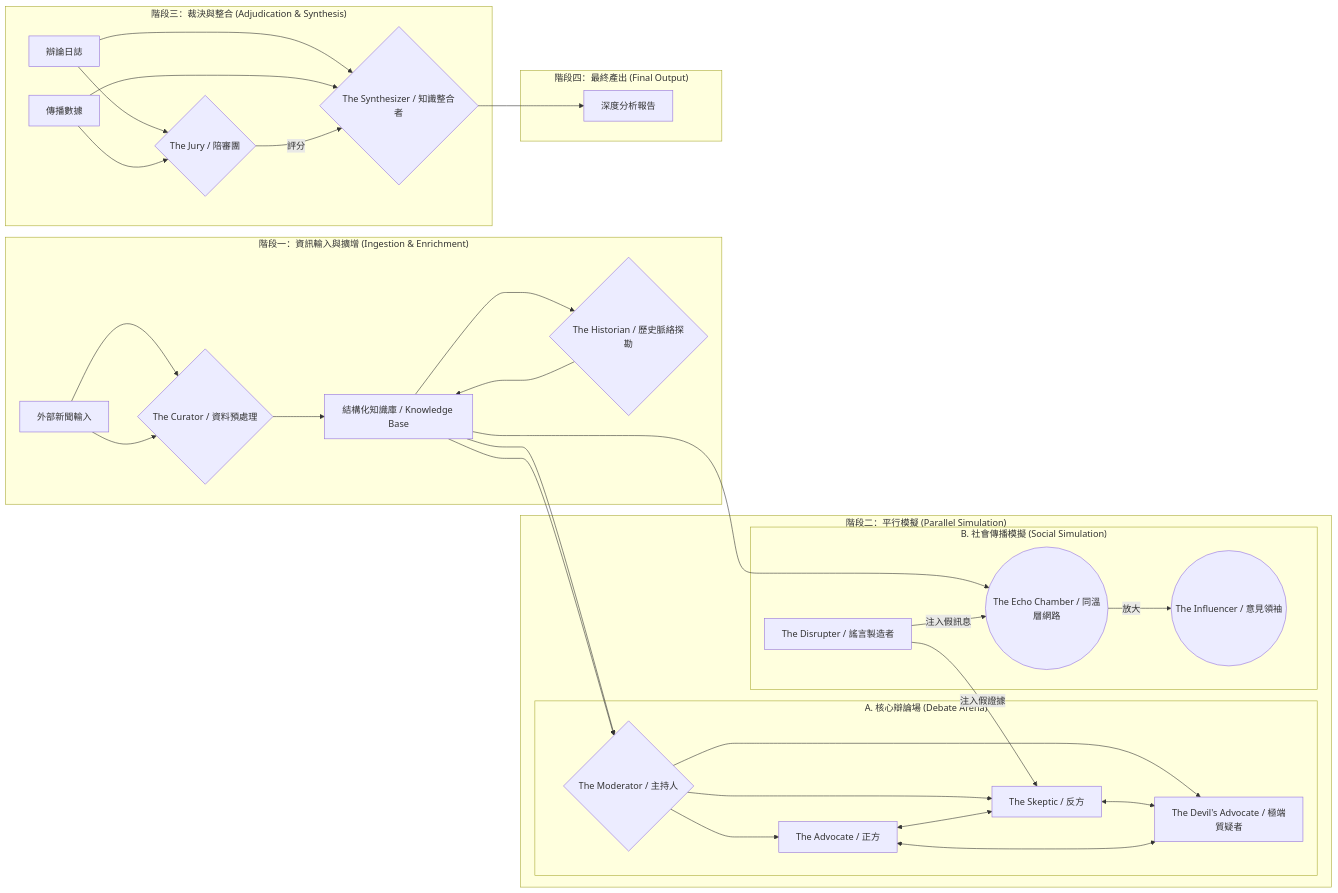
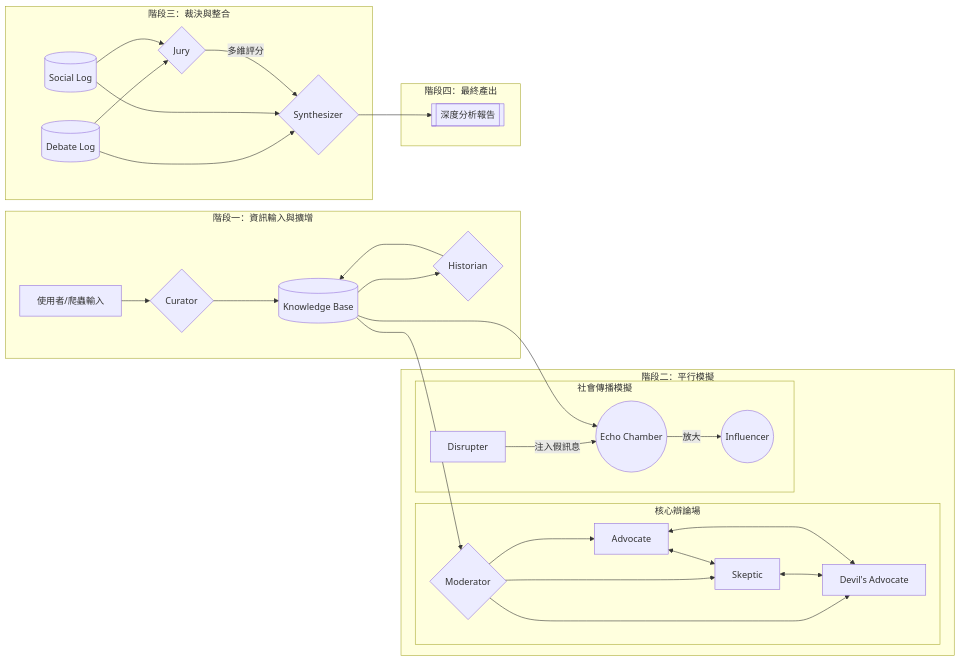
The first of 2 diagrams in architecture.md (Grasonyang/Agent-Judge), drawn with Mermaid before and after one commit. The commit also changed other lines of this file, not shown here.

````diff
--- a/architecture.md
+++ b/architecture.md
@@ -17,54 +40,46 @@
 ```mermaid
 ---
 config:
   layout: dagre
 ---
 flowchart LR
- subgraph subGraph0["階段一：資訊輸入與擴增 (Ingestion & Enrichment)"]
-        B{"The Curator / 資料預處理"}
-        A["外部新聞輸入"]
-        C["結構化知識庫 / Knowledge Base"]
-        D{"The Historian / 歷史脈絡探勘"}
+  subgraph I[階段一：資訊輸入與擴增]
+    A[使用者/爬蟲輸入] --> C{Curator}
+    C --> KB[(Knowledge Base)]
+    H{Historian} --> KB
+    KB --> H
   end
- subgraph subGraph1["A. 核心辯論場 (Debate Arena)"]
-        M{"The Moderator / 主持人"}
-        P["The Advocate / 正方"]
-        S["The Skeptic / 反方"]
-        DA@{ label: "The Devil's Advocate / 極端質疑者" }
+  subgraph II[階段二：平行模擬]
+    subgraph Debate[核心辯論場]
+      M{Moderator}
+      P[Advocate]
+      S[Skeptic]
+      Dv[Devil's Advocate]
+      M --> P & S & Dv
+      P <--> S
+      S <--> Dv
+      Dv <--> P
+    end
+    subgraph Social[社會傳播模擬]
+      EC((Echo Chamber))
+      INF((Influencer))
+      DIS[Disrupter]
+      EC -- 放大 --> INF
+      DIS -- 注入假訊息 --> EC
+    end
   end
- subgraph subGraph2["B. 社會傳播模擬 (Social Simulation)"]
-        EC(("The Echo Chamber / 同溫層網路"))
-        I(("The Influencer / 意見領袖"))
-        Disruptor["The Disrupter / 謠言製造者"]
+  subgraph III[階段三：裁決與整合]
+    DL[(Debate Log)]
+    SL[(Social Log)]
+    J{Jury}
+    SY{Synthesizer}
+    DL --> J & SY
+    SL --> J & SY
+    J -- 多維評分 --> SY
   end
- subgraph subGraph3["階段二：平行模擬 (Parallel Simulation)"]
-        subGraph1
-        subGraph2
+  subgraph IV[階段四：最終產出]
+    RPT[[深度分析報告]]
   end
- subgraph subGraph4["階段三：裁決與整合 (Adjudication & Synthesis)"]
-        J{"The Jury / 陪審團"}
-        Debate_Log["辯論日誌"]
-        Social_Log["傳播數據"]
-        KS{"The Synthesizer / 知識整合者"}
-  end
- subgraph subGraph5["階段四：最終產出 (Final Output)"]
-        Final_Report["深度分析報告"]
-  end
-    A --> B & B
-    B --> C
-    C --> D & M & EC & M
-    D --> C
-    M --> P & S & DA
-    P <--> S
-    S <--> DA
-    DA <--> P
-    EC -- 放大 --> I
-    Disruptor -- 注入假訊息 --> EC
-    Disruptor -- 注入假證據 --> S
-    Debate_Log --> J & KS
-    Social_Log --> J & KS
-    J -- 評分 --> KS
-    KS --> Final_Report
-    DA@{ shape: rect}
-
+  KB --> M & EC
+  SY --> RPT
 ```
````
